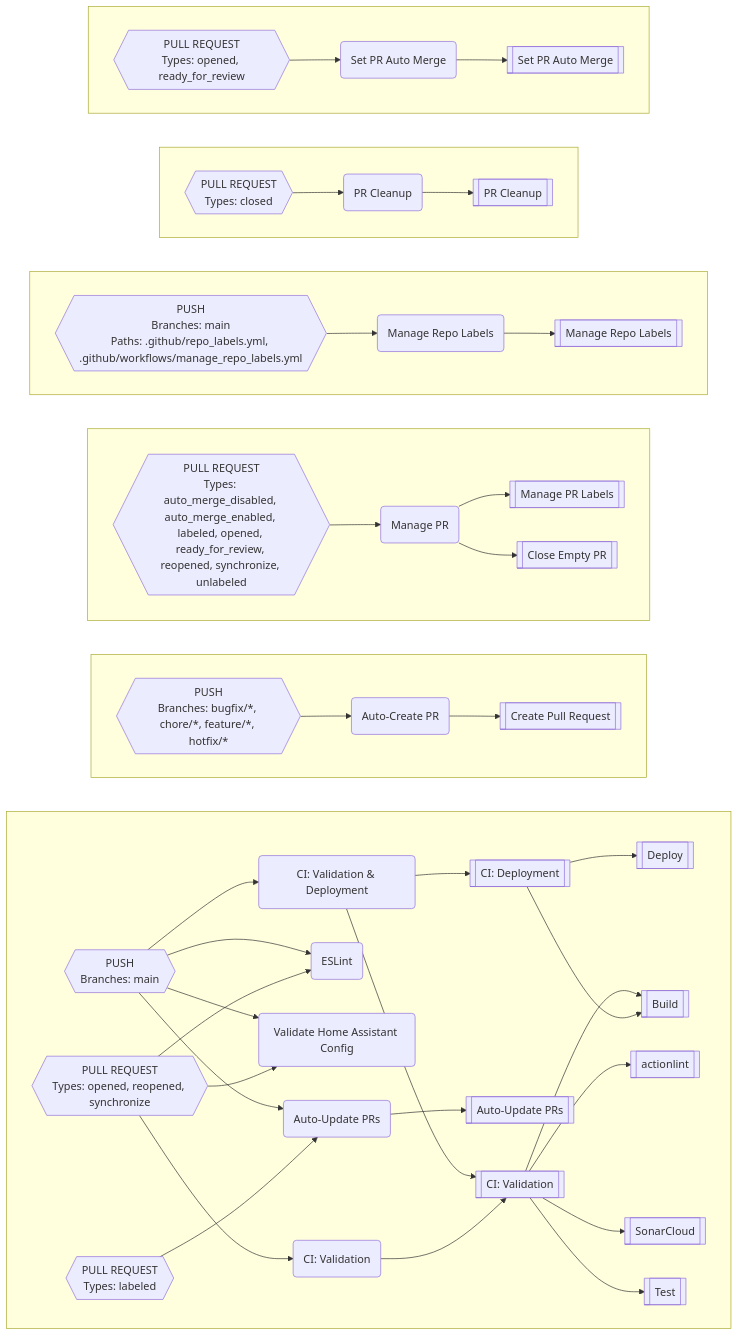
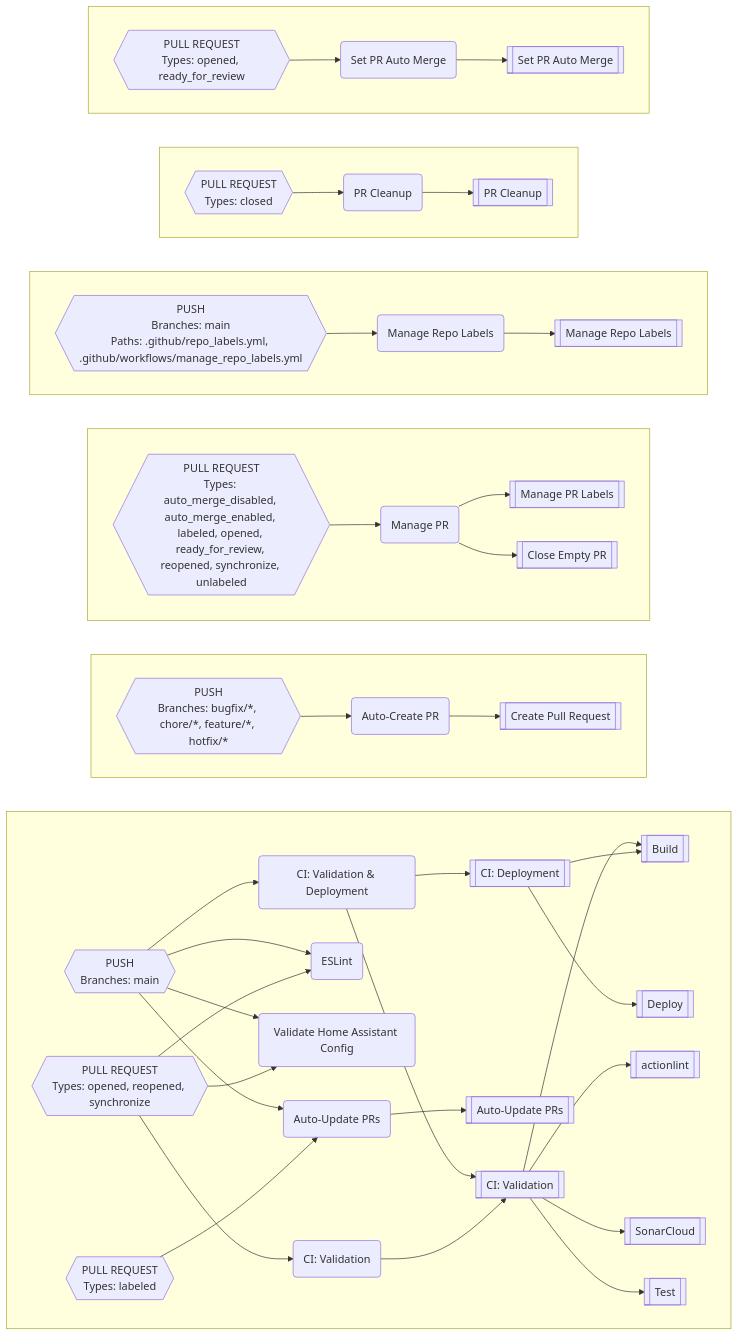
One commit to worgarside/github-config-files changed the diagram in README.md. Above: the diagram before and after it, drawn with Mermaid. The commit also changed other lines of this file, not shown here.

```diff
--- a/README.md
+++ b/README.md
@@ -375,12 +375,12 @@
 CN-->CM
 CM-->I
 CM-->P
+I-->E
 I-->AE
-I-->E
 P-->A
 P-->BA
+P-->E
 P-->BD
-P-->E
 end
 subgraph CV[" "]
 direction LR
```
